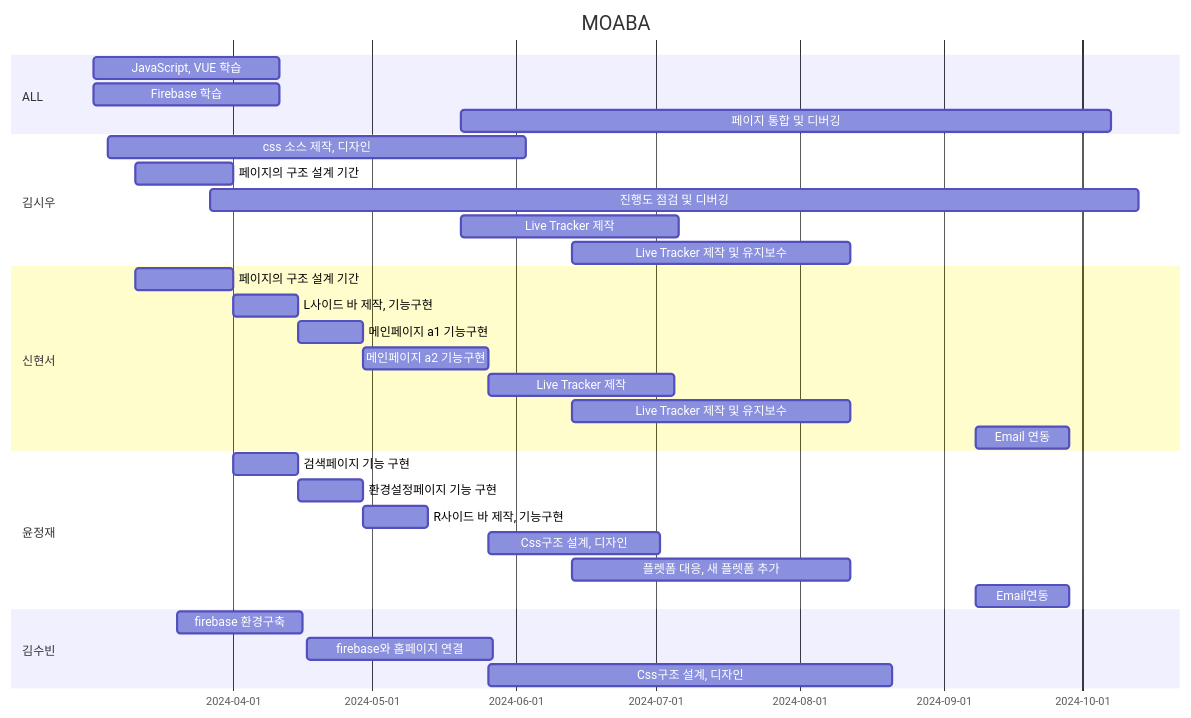
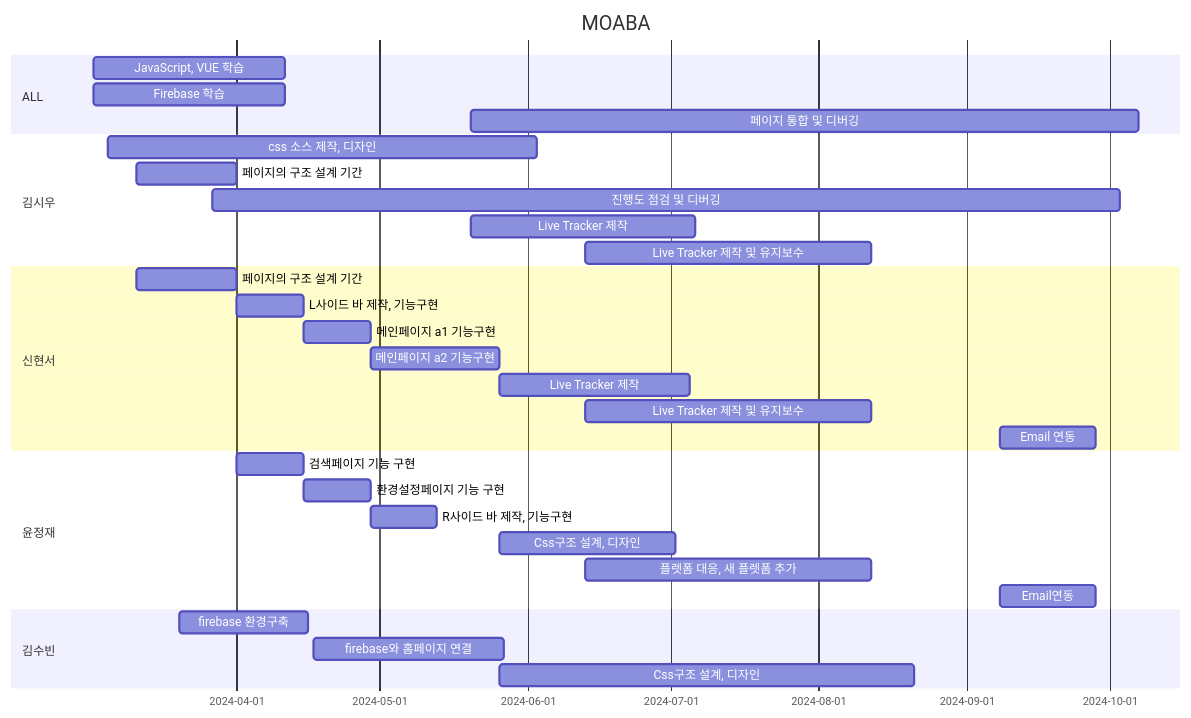
Before and after one commit to kimsiwoo12/kimsiwoo12: the diagram in README.md, drawn with Mermaid.

````diff
--- a/README.md
+++ b/README.md
@@ -8,39 +8,39 @@
 ```mermaid
 gantt
     title MOABA
     dateFormat  YYYY-MM-DD
 
     section ALL
     JavaScript, VUE 학습     :a1, 2024-03-02, 40d
     Firebase 학습            :a2, 2024-03-02, 40d
     페이지 통합 및 디버깅    :a3, 2024-05-20, 140d
 
     section 김시우
     css 소스 제작, 디자인    :a1, 2024-03-05, 90d
     페이지의 구조 설계 기간  :a2, 2024-03-11, 21d
-    진행도 점검 및 디버깅    :a3, 2024-03-27, 200d
+    진행도 점검 및 디버깅    :a3, 2024-03-27, 190d
     Live Tracker 제작        :a4, 2024-05-20, 47d
     Live Tracker 제작 및 유지보수 :a5, 2024-06-13, 60d
 
     section 신현서
     페이지의 구조 설계 기간     :a1, 2024-03-11, 21d
     L사이드 바 제작, 기능구현   :a2, 2024-04-01, 14d
     메인페이지 a1 기능구현      :a3, 2024-04-15, 14d
     메인페이지 a2 기능구현      :a4, 2024-04-29, 27d
     Live Tracker 제작           :a5, 2024-05-26, 40d
     Live Tracker 제작 및 유지보수 :a6, 2024-06-13, 60d
     Email 연동                  :a7, 2024-09-08, 20d
 
     section 윤정재
     검색페이지 기능 구현          :a1, 2024-04-01, 14d
     환경설정페이지 기능 구현      :a2, 2024-04-15, 14d
     R사이드 바 제작, 기능구현     :a3, 2024-04-29, 14d
     Css구조 설계, 디자인          :a4, 2024-05-26, 37d
     플렛폼 대응, 새 플렛폼 추가    :a5, 2024-06-13, 60d
     Email연동                    :a6, 2024-09-08, 20d
 
     section 김수빈
     firebase 환경구축        :a1, 2024-03-20, 27d
     firebase와 홈페이지 연결 :a2, 2024-04-17, 40d
     Css구조 설계, 디자인     :a3, 2024-05-26, 87d
 ```
````
